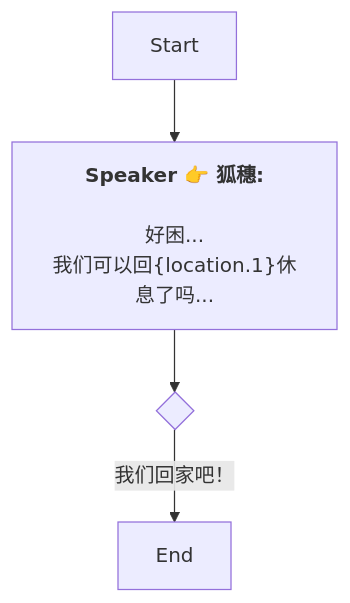
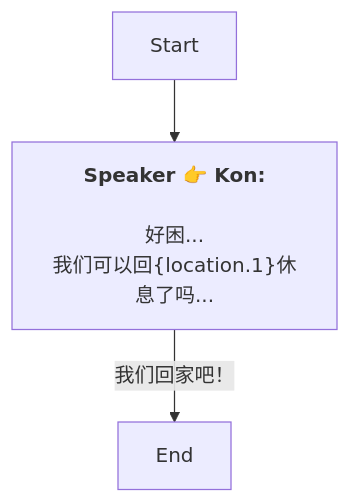
One commit to SoftHu/tos_avg changed the diagram in Zh/QuestStartTalkENode_1738987991274692.md. Above: the diagram before and after it, drawn with Mermaid. The commit also changed 737 other files, not shown here.

````diff
--- a/Zh/QuestStartTalkENode_1738987991274692.md
+++ b/Zh/QuestStartTalkENode_1738987991274692.md
@@ -1,10 +1,8 @@
 ```mermaid
 graph
-Start -->1738988898235718[<b>Speaker 👉 狐穗:</b>
+Start -->1738988898235718[<b>Speaker 👉 Kon:</b>
+\n好困...
+我们可以回&lbrace;location.1&rbrace;休息了吗...]
+1738988898235718 -->|我们回家吧！|1738989481110860[End]
 
-好困...
-我们可以回&lbrace;location.1&rbrace;休息了吗...]
-1738988898235718 -->1738989446760775{ }
-1738989446760775 -->|我们回家吧！|1738989481110860[End]
-
- ```
+```
````
